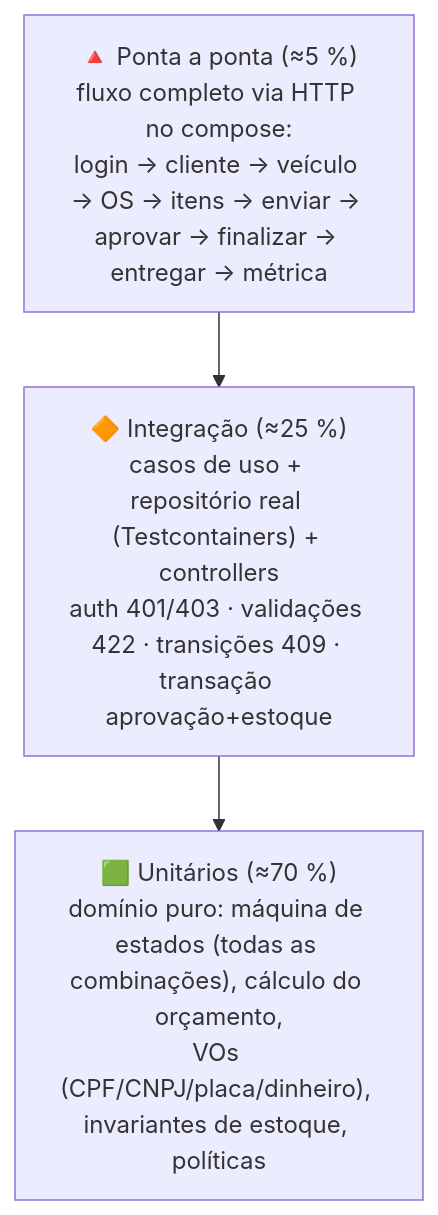
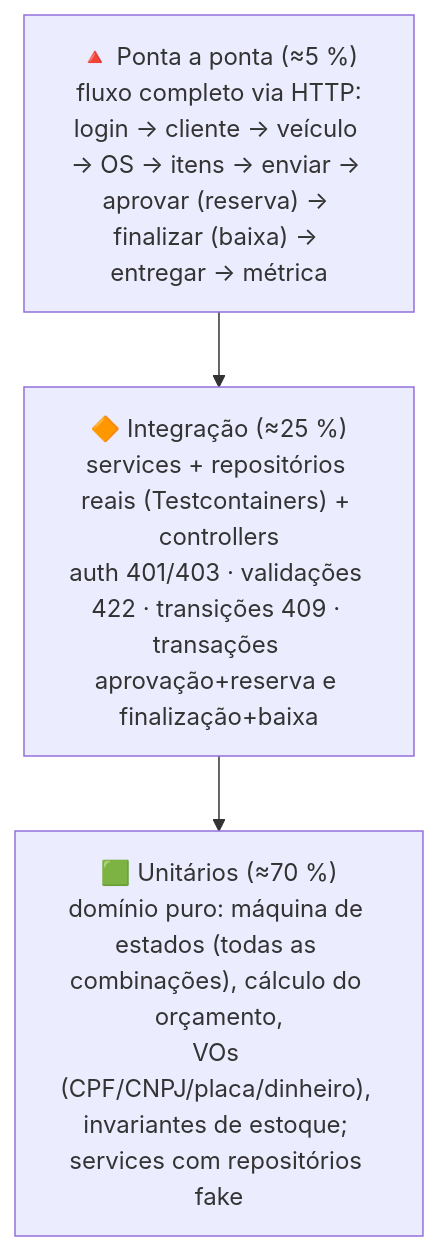
The first of 2 diagrams in docs/05-qualidade-e-seguranca/estrategia-de-testes.md (HermandoThiago/FIAP-SOAT), drawn with Mermaid before and after one commit. The commit also changed other lines of this file and 57 other files, not shown here.

````diff
--- a/docs/05-qualidade-e-seguranca/estrategia-de-testes.md
+++ b/docs/05-qualidade-e-seguranca/estrategia-de-testes.md
@@ -8,7 +8,7 @@
 ```mermaid
 flowchart TB
-    E2E["🔺 Ponta a ponta (≈5 %)<br/>fluxo completo via HTTP no compose:<br/>login → cliente → veículo → OS → itens → enviar → aprovar → finalizar → entregar → métrica"]
-    INT["🔶 Integração (≈25 %)<br/>casos de uso + repositório real (Testcontainers) + controllers<br/>auth 401/403 · validações 422 · transições 409 · transação aprovação+estoque"]
-    UNIT["🟩 Unitários (≈70 %)<br/>domínio puro: máquina de estados (todas as combinações), cálculo do orçamento,<br/>VOs (CPF/CNPJ/placa/dinheiro), invariantes de estoque, políticas"]
+    E2E["🔺 Ponta a ponta (≈5 %)<br/>fluxo completo via HTTP:<br/>login → cliente → veículo → OS → itens → enviar → aprovar (reserva) → finalizar (baixa) → entregar → métrica"]
+    INT["🔶 Integração (≈25 %)<br/>services + repositórios reais (Testcontainers) + controllers<br/>auth 401/403 · validações 422 · transições 409 · transações aprovação+reserva e finalização+baixa"]
+    UNIT["🟩 Unitários (≈70 %)<br/>domínio puro: máquina de estados (todas as combinações), cálculo do orçamento,<br/>VOs (CPF/CNPJ/placa/dinheiro), invariantes de estoque; services com repositórios fake"]
     E2E --> INT --> UNIT
 ```
````
